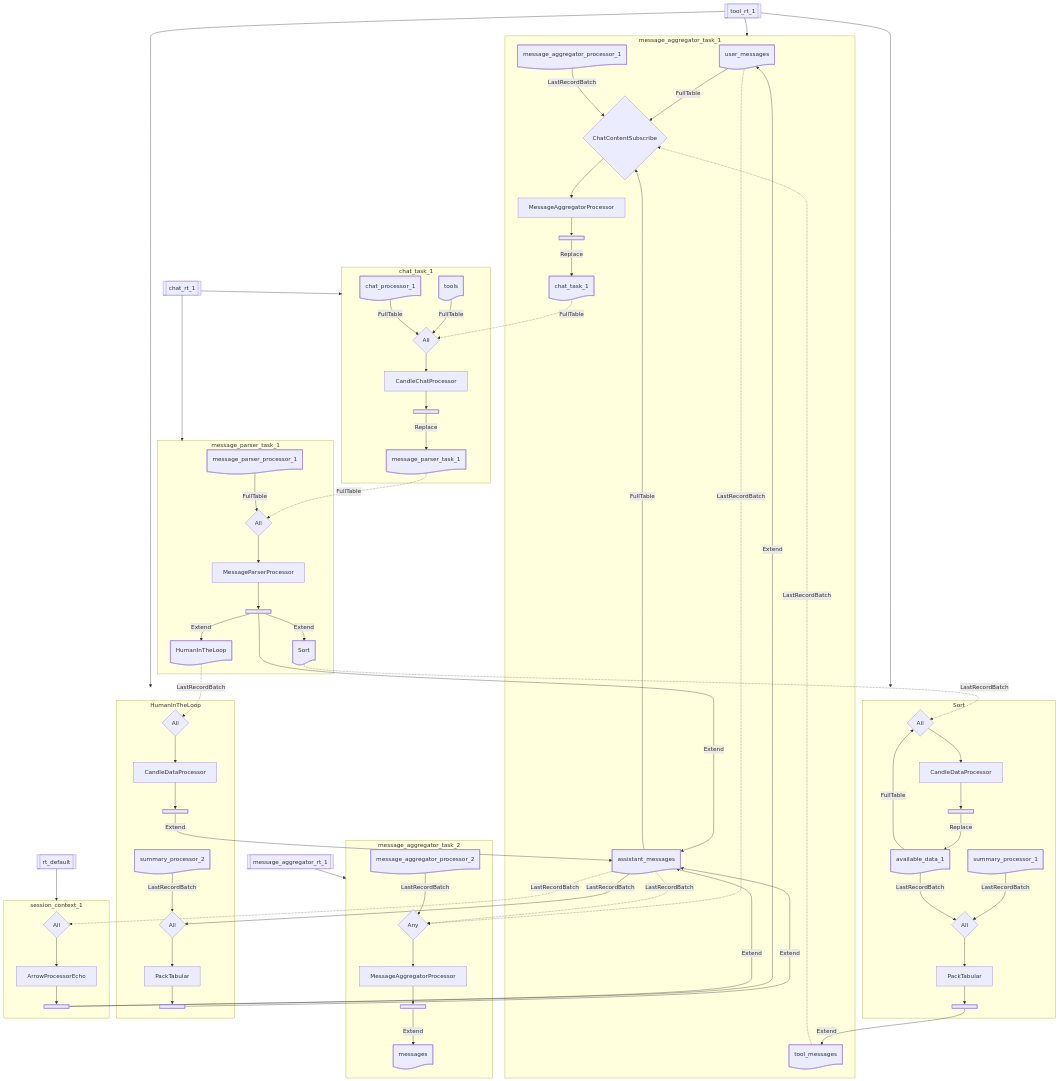
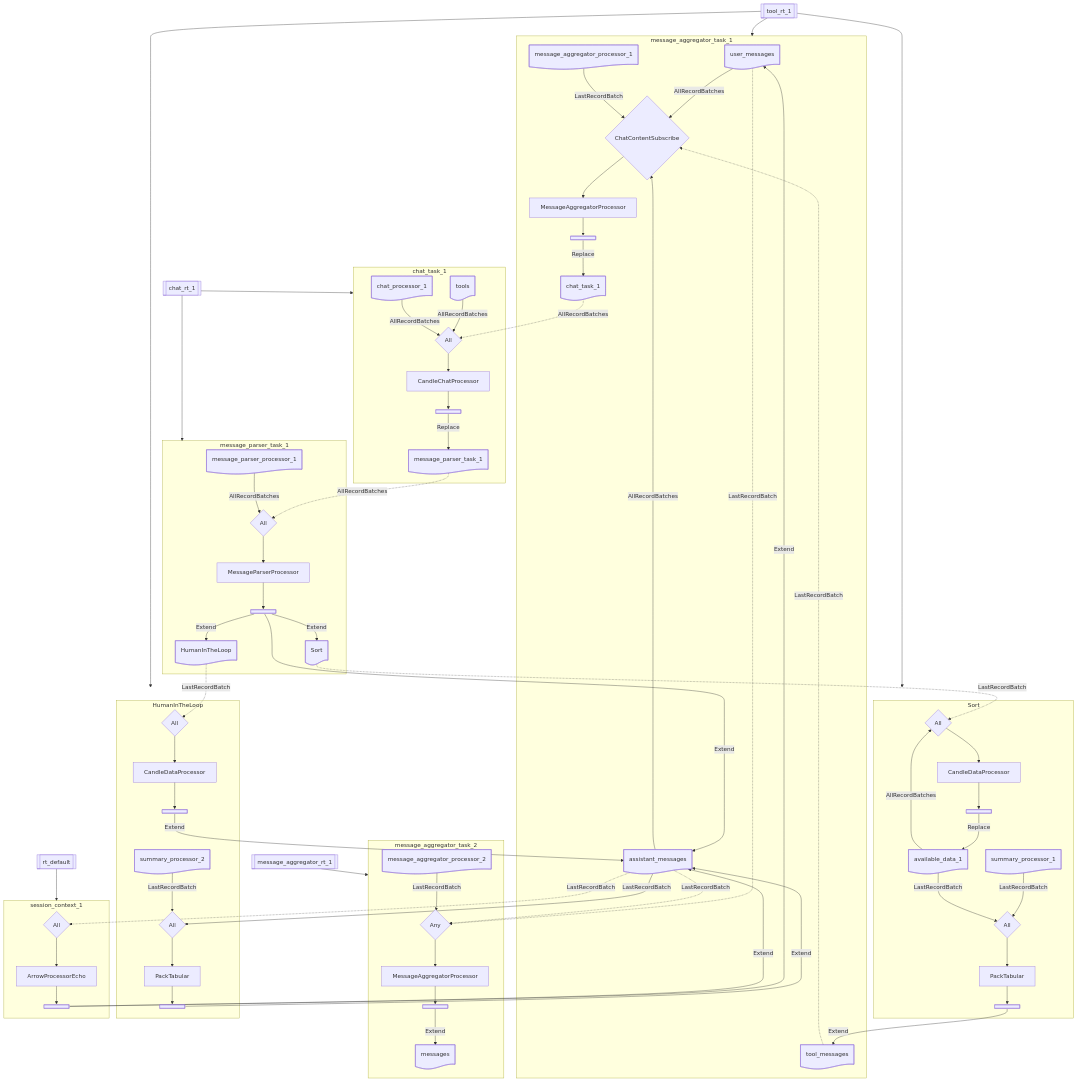
Before and after one commit to biom8er/phymes: the second of 2 diagrams in phymes-book/src/phymes-agents/tool_agent.md, drawn with Mermaid. The commit also changed 51 other files, not shown here.

````diff
--- a/phymes-book/src/phymes-agents/tool_agent.md
+++ b/phymes-book/src/phymes-agents/tool_agent.md
@@ -23,9 +23,9 @@
 ```mermaid
 flowchart TD
 	subgraph message_aggregator_task_1
-		user_messages-subject--FullTable-->message_aggregator_processor_1-subscribe
+		user_messages-subject--AllRecordBatches-->message_aggregator_processor_1-subscribe
 		tool_messages-subject-.LastRecordBatch.->message_aggregator_processor_1-subscribe
-		assistant_messages-subject--FullTable-->message_aggregator_processor_1-subscribe
+		assistant_messages-subject--AllRecordBatches-->message_aggregator_processor_1-subscribe
 		message_aggregator_processor_1-subject--LastRecordBatch-->message_aggregator_processor_1-subscribe
 		message_aggregator_processor_1-subscribe-->message_aggregator_processor_1-processor
 		message_aggregator_processor_1-processor-->message_aggregator_processor_1-publish
@@ -40,16 +40,16 @@
 		message_aggregator_processor_2-publish--Extend-->messages-subject
 	end
 	subgraph chat_task_1
-		chat_task_1-subject-.FullTable.->chat_processor_1-subscribe
-		tools-subject--FullTable-->chat_processor_1-subscribe
-		chat_processor_1-subject--FullTable-->chat_processor_1-subscribe
+		chat_task_1-subject-.AllRecordBatches.->chat_processor_1-subscribe
+		tools-subject--AllRecordBatches-->chat_processor_1-subscribe
+		chat_processor_1-subject--AllRecordBatches-->chat_processor_1-subscribe
 		chat_processor_1-subscribe-->chat_processor_1-processor
 		chat_processor_1-processor-->chat_processor_1-publish
 		chat_processor_1-publish--Replace-->message_parser_task_1-subject
 	end
 	subgraph message_parser_task_1
-		message_parser_task_1-subject-.FullTable.->message_parser_processor_1-subscribe
-		message_parser_processor_1-subject--FullTable-->message_parser_processor_1-subscribe
+		message_parser_task_1-subject-.AllRecordBatches.->message_parser_processor_1-subscribe
+		message_parser_processor_1-subject--AllRecordBatches-->message_parser_processor_1-subscribe
 		message_parser_processor_1-subscribe-->message_parser_processor_1-processor
 		message_parser_processor_1-processor-->message_parser_processor_1-publish
 		message_parser_processor_1-publish--Extend-->assistant_messages-subject
@@ -58,7 +58,7 @@
 	end
 	subgraph Sort
 		Sort-subject-.LastRecordBatch.->Sort-subscribe
-		available_data_1-subject--FullTable-->Sort-subscribe
+		available_data_1-subject--AllRecordBatches-->Sort-subscribe
 		Sort-subscribe-->Sort-processor
 		Sort-processor-->Sort-publish
 		Sort-publish--Replace-->available_data_1-subject
````
